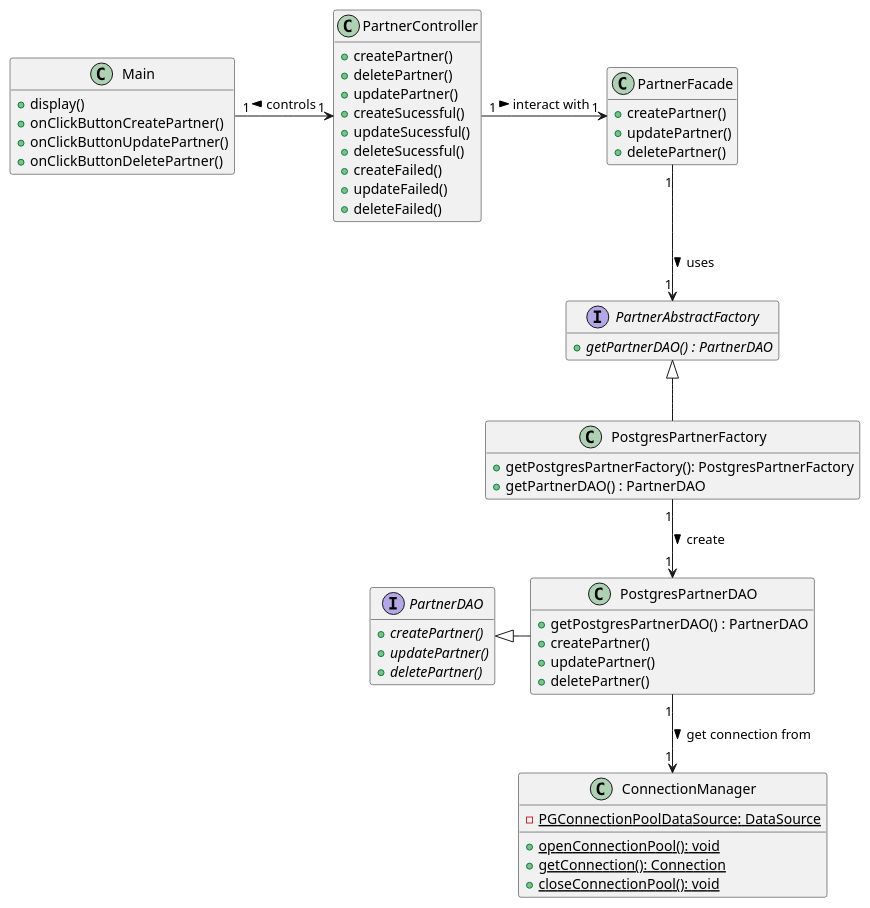
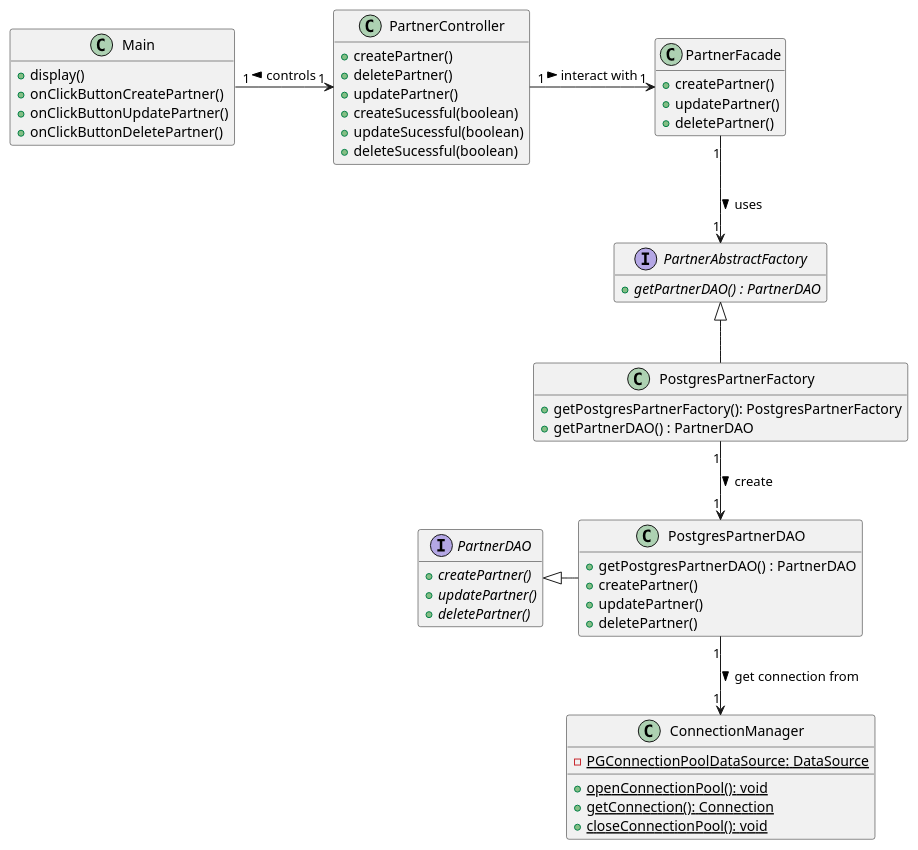
The diagram in doc/reports/final/partners/partners_classDiagram.plantUML (iusildra/WineCellar), drawn with PlantUML before and after one commit.

Commit message:
Update partners digrams

```diff
--- a/doc/reports/final/partners/partners_classDiagram.plantUML
+++ b/doc/reports/final/partners/partners_classDiagram.plantUML
@@ -1,74 +1,71 @@
 @startuml PartnerClassDiagram
 hide empty members
 
 class Main {
   + display()
   + onClickButtonCreatePartner()
   + onClickButtonUpdatePartner()
   + onClickButtonDeletePartner()
 }
 
 class PartnerController {
   + createPartner()
   + deletePartner()
   + updatePartner()
-  + createSucessful()
-  + updateSucessful()
-  + deleteSucessful()
-  + createFailed()
-  + updateFailed()
-  + deleteFailed()
+  + createSucessful(boolean)
+  + updateSucessful(boolean)
+  + deleteSucessful(boolean)
 }
 
 
 class PartnerFacade {
   + createPartner()
   + updatePartner()
   + deletePartner()
 }
 
 
 interface PartnerAbstractFactory {
   + {abstract} getPartnerDAO() : PartnerDAO
 
 }
 
 
 class PostgresPartnerFactory {
   + getPostgresPartnerFactory(): PostgresPartnerFactory
   + getPartnerDAO() : PartnerDAO
 }
 
 
 Interface PartnerDAO {
   + {abstract} createPartner()
   + {abstract} updatePartner()
   + {abstract} deletePartner()
 }
 
 
 class PostgresPartnerDAO{
   + getPostgresPartnerDAO() : PartnerDAO
   + createPartner()
   + updatePartner()
   + deletePartner()
 }
 
 
 class ConnectionManager {
   - {static} PGConnectionPoolDataSource: DataSource
   + {static} openConnectionPool(): void
   + {static} getConnection(): Connection
   + {static} closeConnectionPool(): void
 }
 
 PostgresPartnerFactory -u-|> PartnerAbstractFactory
 PostgresPartnerDAO     -l-|> PartnerDAO
 
 Main            "1" -r-> "1" PartnerController: <  controls
 PartnerController      "1" -r-> "1" PartnerFacade: > interact with
 PartnerFacade          "1" --> "1" PartnerAbstractFactory: > uses
 PostgresPartnerFactory "1" --> "1" PostgresPartnerDAO: > create
 PostgresPartnerDAO     "1" --> "1" ConnectionManager:> get connection from
 
 @enduml
```
